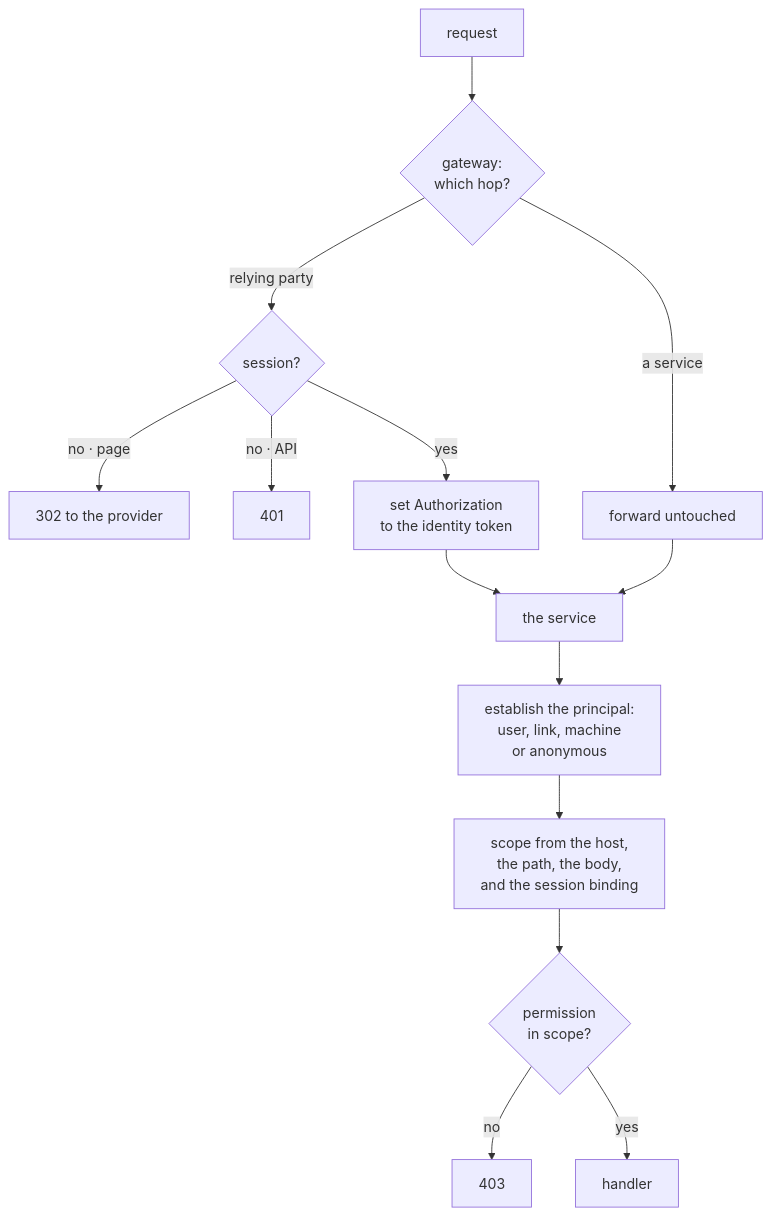
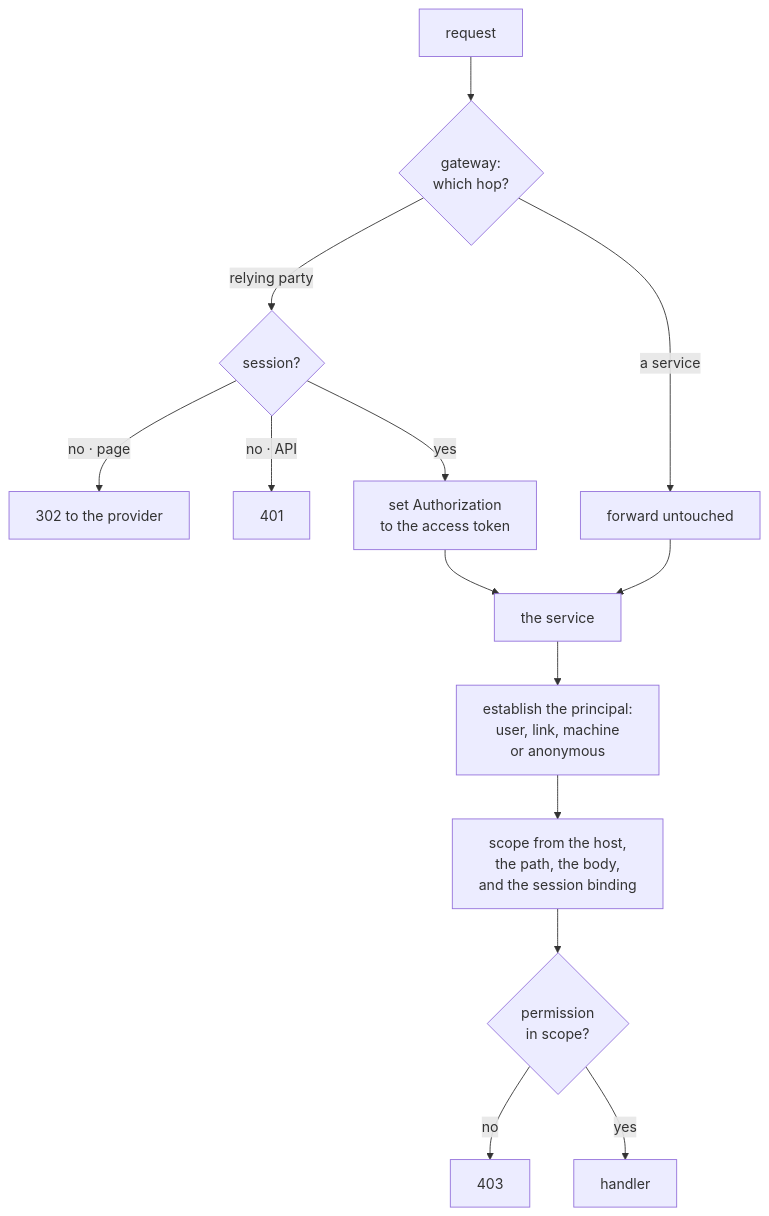
The fifth of 6 diagrams in standards/060-auth.md (aurum-alpha/workflows), drawn with Mermaid before and after one commit. The commit also changed other lines of this file and 13 other files, not shown here.

````diff
--- a/standards/060-auth.md
+++ b/standards/060-auth.md
@@ -521,16 +542,16 @@
 ```mermaid
 flowchart TD
     B["request"] --> G{"gateway:<br/>which hop?"}
     G -->|"relying party"| P{"session?"}
     P -->|"no · page"| L["302 to the provider"]
     P -->|"no · API"| U["401"]
-    P -->|yes| T["set Authorization<br/>to the identity token"]
+    P -->|yes| T["set Authorization<br/>to the access token"]
     G -->|"a service"| S["forward untouched"]
     T --> A
     S --> A["the service"]
     A --> V["establish the principal:<br/>user, link, machine<br/>or anonymous"]
     V --> Q["scope from the host,<br/>the path, the body,<br/>and the session binding"]
     Q --> D{"permission<br/>in scope?"}
     D -->|no| F["403"]
     D -->|yes| H["handler"]
 ```
````
